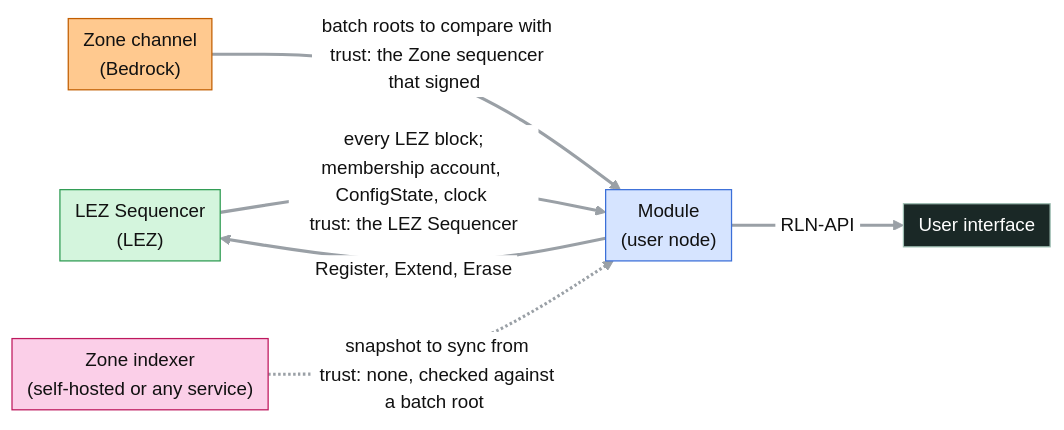
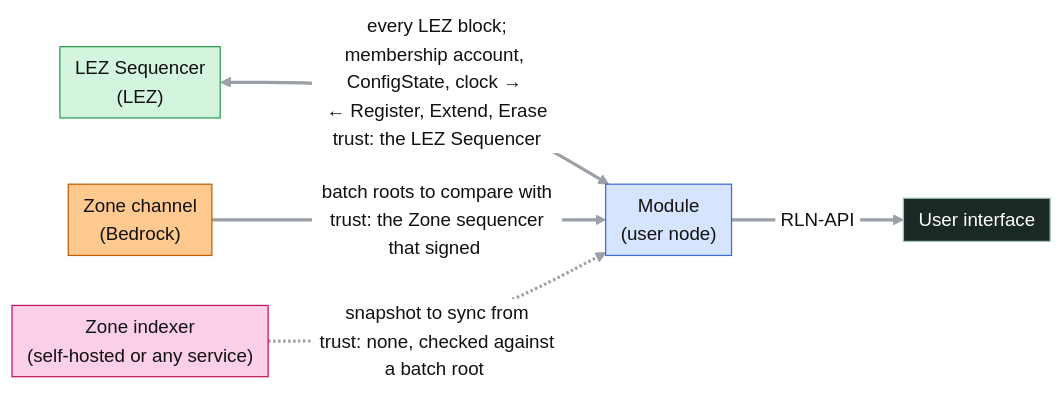
The fifth of 5 diagrams in docs/rfc-rln-membership-zone.md (logos-co/logos-rln-membership-zone), drawn with Mermaid before and after one commit. The commit also changed other lines of this file, not shown here.

Commit message:
docs: improve flow diagram arrows on GitHub's mermaid

````diff
--- a/docs/rfc-rln-membership-zone.md
+++ b/docs/rfc-rln-membership-zone.md
@@ -464,21 +463,20 @@
 ```mermaid
 %%{init: {"theme": "base", "flowchart": {"curve": "basis", "nodeSpacing": 40, "rankSpacing": 70, "padding": 6, "wrappingWidth": 400}, "themeVariables": {"lineColor": "#9aa0a6", "primaryTextColor": "#111111", "edgeLabelBackground": "#ffffff", "fontSize": "15px"}, "themeCSS": "marker { overflow: visible; } .arrowMarkerPath { transform: scale(1.7); transform-origin: 5px 5px; } .edgeLabel, .edgeLabel p, .edgeLabel span { font-size: 12px; line-height: 1.2; }"}}%%
 flowchart LR
-    LSEQ["LEZ Sequencer<br/>(LEZ)"] -->|"#nbsp;every LEZ block; membership account, ConfigState, clock#nbsp;<br/>#nbsp;trust: the LEZ Sequencer#nbsp;"| MOD["Module<br/>(user node)"]
+    LSEQ["LEZ Sequencer<br/>(LEZ)"] <-->|"#nbsp;every LEZ block; membership account, ConfigState, clock →#nbsp;<br/>#nbsp;← Register, Extend, Erase#nbsp;<br/>#nbsp;trust: the LEZ Sequencer#nbsp;"| MOD["Module<br/>(user node)"]
     ZCH["Zone channel<br/>(Bedrock)"] -->|"#nbsp;batch roots to compare with#nbsp;<br/>#nbsp;trust: the Zone sequencer that signed#nbsp;"| MOD
     IDX["Zone indexer<br/>(self-hosted or any service)"] -.->|"#nbsp;snapshot to sync from#nbsp;<br/>#nbsp;trust: none, checked against a batch root#nbsp;"| MOD
-    MOD -->|"#nbsp;Register, Extend, Erase#nbsp;"| LSEQ
     MOD -->|"#nbsp;RLN-API#nbsp;"| APP["User interface"]
     linkStyle default stroke-width:2.5px
 
     classDef ui fill:#1a2826,stroke:#9fbfb3,color:#ffffff
     classDef user fill:#d6e4ff,stroke:#3b6fd8,color:#111111
     classDef lez fill:#d4f5dd,stroke:#2e9b52,color:#111111
     classDef l1 fill:#ffc98f,stroke:#c25e00,color:#111111
     classDef zone fill:#fbcfe8,stroke:#be185d,color:#111111
     class APP ui
     class MOD user
     class LSEQ lez
     class ZCH l1
     class IDX zone
 ```
````
